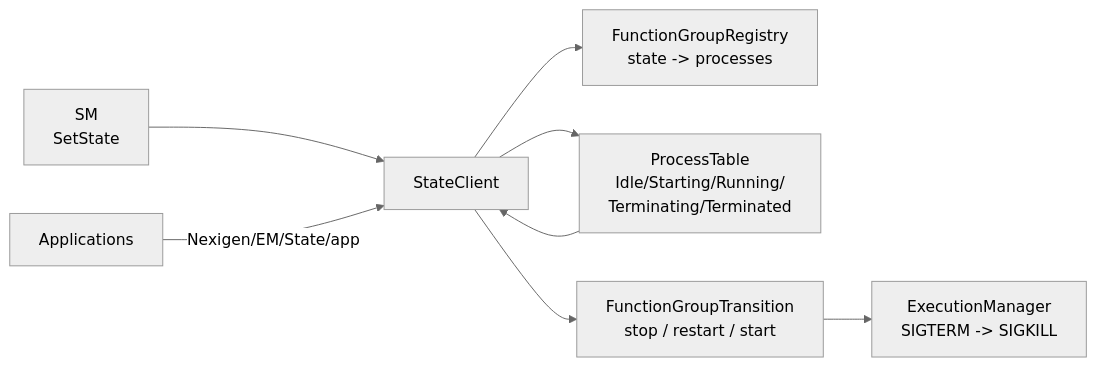
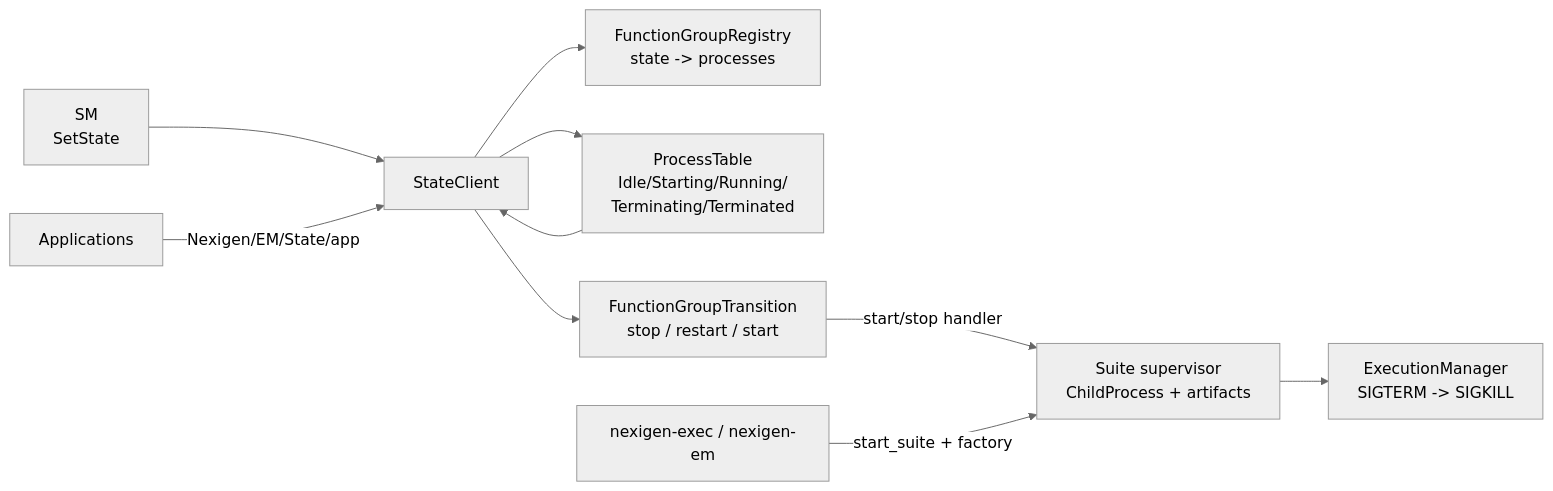
The fourth of 5 diagrams in docs/architecture.md (nexigen-tech/nexigen-cpp), drawn with Mermaid (neutral theme) before and after one commit. The commit also changed other lines of this file and 17 other files, not shown here.

First line of the commit message:
feat(exec): unify the suite control path

````diff
--- a/docs/architecture.md
+++ b/docs/architecture.md
@@ -251,10 +267,12 @@
 ```mermaid
 flowchart LR
     SM3["SM<br/>SetState"] --> SC3["StateClient"]
     SC3 --> REG3["FunctionGroupRegistry<br/>state -> processes"]
     SC3 --> PT3["ProcessTable<br/>Idle/Starting/Running/<br/>Terminating/Terminated"]
     SC3 --> TR3["FunctionGroupTransition<br/>stop / restart / start"]
-    TR3 --> EM3["ExecutionManager<br/>SIGTERM -> SIGKILL"]
+    TR3 -->|start/stop handler| SUP3["Suite supervisor<br/>ChildProcess + artifacts"]
+    SUP3 --> EM3["ExecutionManager<br/>SIGTERM -> SIGKILL"]
     APP3["Applications"] -->|Nexigen/EM/State/app| SC3
     PT3 --> SC3
+    EXEC3["nexigen-exec / nexigen-em"] -->|start_suite + factory| SUP3
 ```
````
